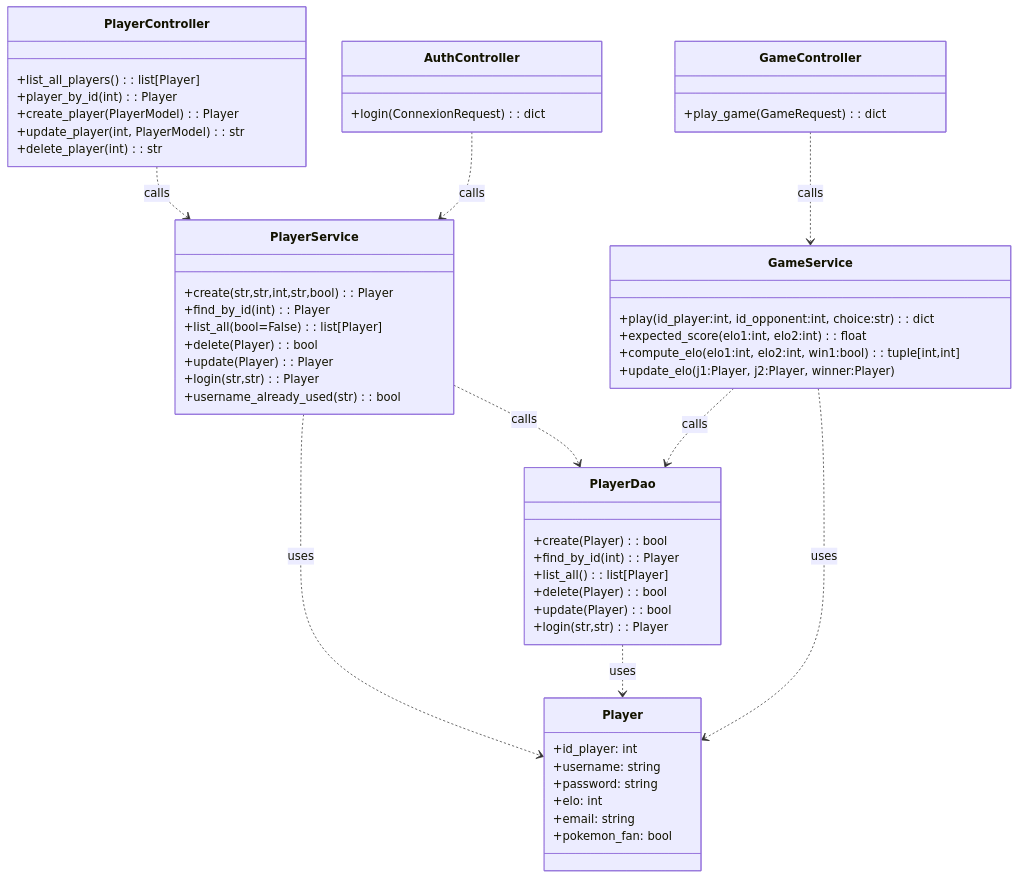
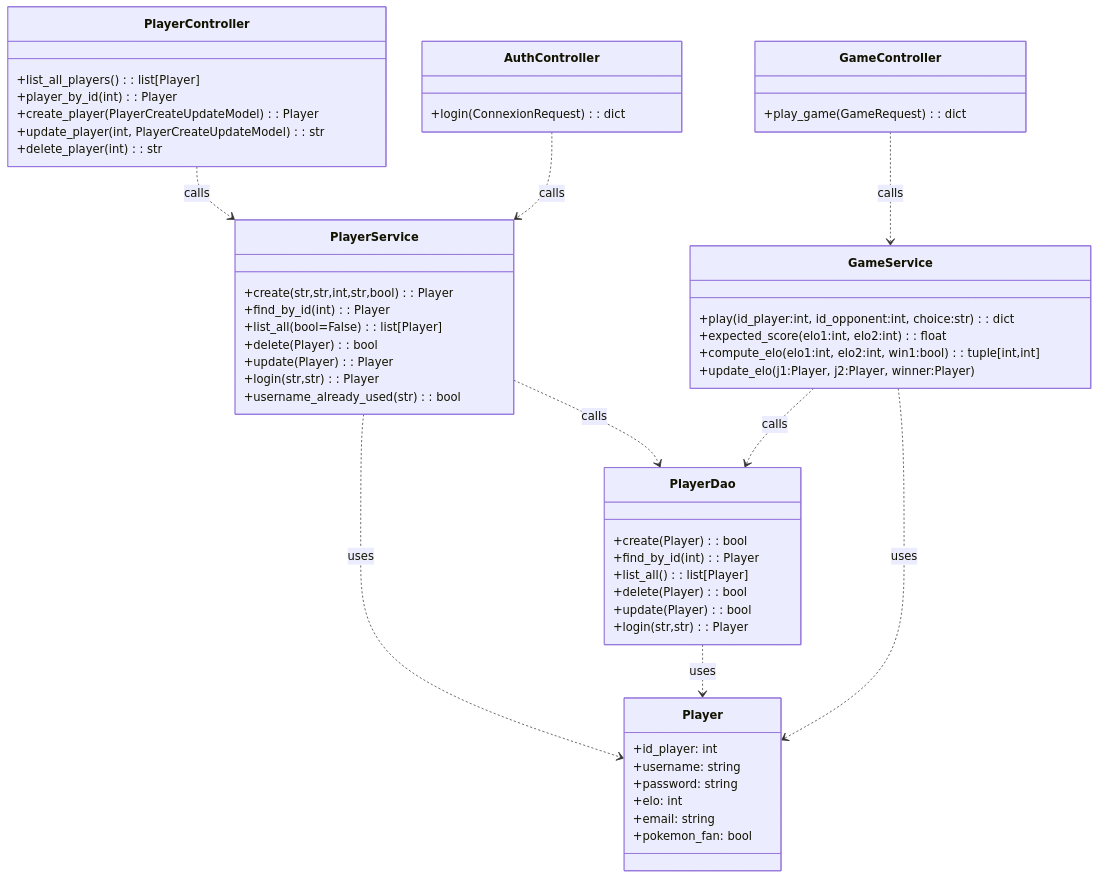
Before and after one commit to ludo2ne/ENSAI-2A-projet-info-template: the diagram in doc/class_diagram.md, drawn with Mermaid. The commit also changed 23 other files, not shown here.

````diff
--- a/doc/class_diagram.md
+++ b/doc/class_diagram.md
@@ -17,67 +17,67 @@
 ```mermaid
 classDiagram
     %% Business objects
     class Player {
         +id_player: int
         +username: string
         +password: string
         +elo: int
         +email: string
         +pokemon_fan: bool
     }
     
     %% Data Access Objects
     class PlayerDao {
         +create(Player): bool
         +find_by_id(int): Player
         +list_all(): list[Player]
         +delete(Player): bool
         +update(Player): bool
         +login(str,str): Player
     }
     
     %% Service layer
     class PlayerService {
         +create(str,str,int,str,bool): Player
         +find_by_id(int): Player
         +list_all(bool=False): list[Player]
         +delete(Player): bool
         +update(Player): Player
         +login(str,str): Player
         +username_already_used(str): bool
     }
 
     class GameService {
         +play(id_player:int, id_opponent:int, choice:str): dict
         +expected_score(elo1:int, elo2:int): float
         +compute_elo(elo1:int, elo2:int, win1:bool): tuple[int,int]
         +update_elo(j1:Player, j2:Player, winner:Player)
     }
     
     %% Controllers
     class PlayerController {
         +list_all_players(): list[Player]
         +player_by_id(int): Player
-        +create_player(PlayerModel): Player
-        +update_player(int, PlayerModel): str
+        +create_player(PlayerCreateUpdateModel): Player
+        +update_player(int, PlayerCreateUpdateModel): str
         +delete_player(int): str
     }
 
     class AuthController {
         +login(ConnexionRequest): dict
     }
 
     class GameController {
         +play_game(GameRequest): dict
     }
 
     %% Relationships
     PlayerService ..> PlayerDao : calls
     PlayerService ..> Player : uses
     PlayerDao ..> Player : uses
     GameService ..> PlayerDao : calls
     GameService ..> Player : uses
     PlayerController ..> PlayerService : calls
     AuthController ..> PlayerService : calls
     GameController ..> GameService : calls
 ```
````
